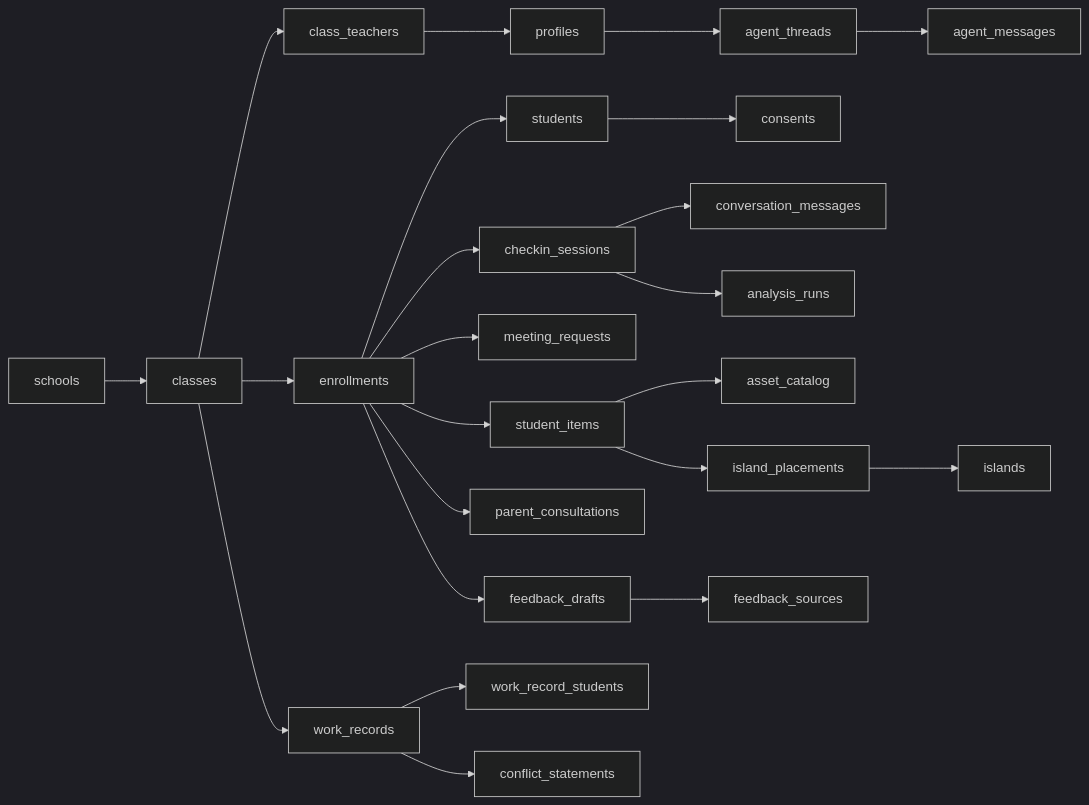
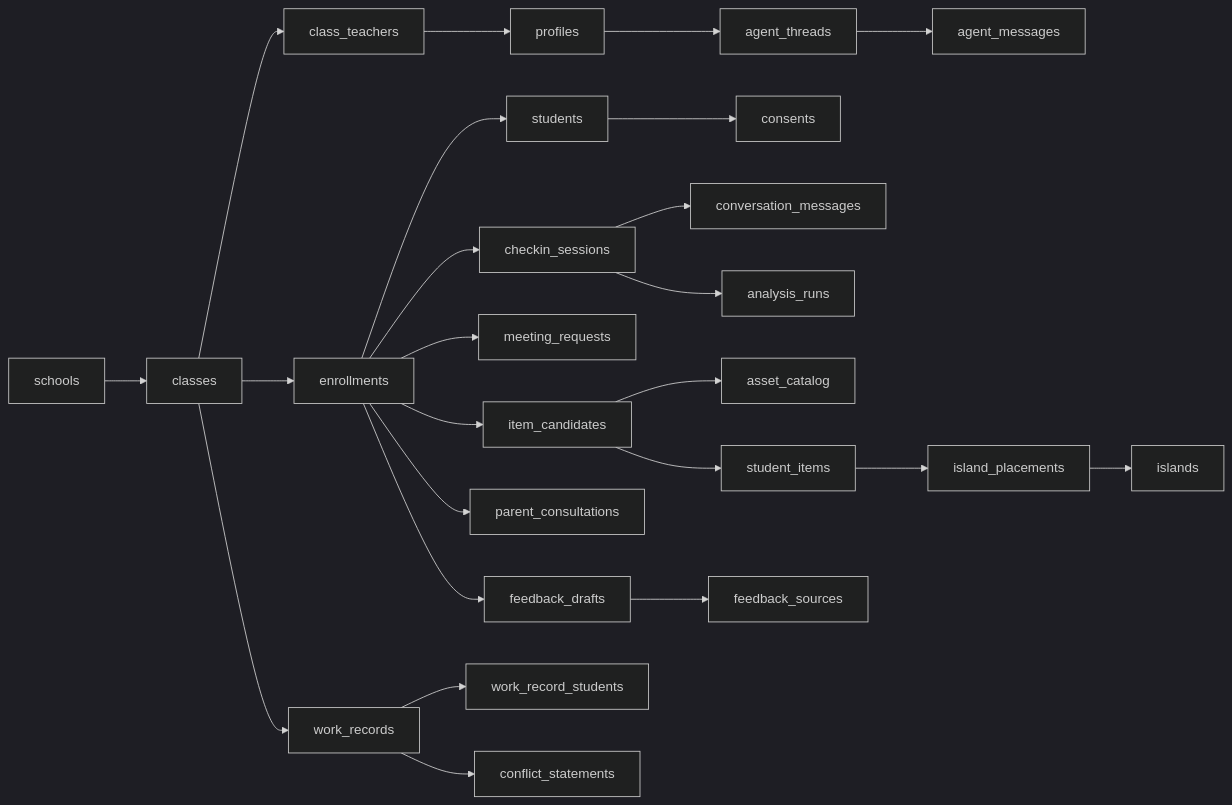
One commit to salpim-lab/AI_WANTED changed the diagram in docs/planning/살핌_DB_스키마_v0.3.md. Above: the diagram before and after it, drawn with Mermaid (dark theme). The commit also changed other lines of this file and 7 other files, not shown here.

````diff
--- a/docs/planning/살핌_DB_스키마_v0.3.md
+++ b/docs/planning/살핌_DB_스키마_v0.3.md
@@ -41,17 +41,18 @@
 ```mermaid
 flowchart LR
     SC[schools] --> CL[classes]
     CL --> CT[class_teachers] --> PR[profiles]
     CL --> EN[enrollments] --> ST[students]
     EN --> CS[checkin_sessions] --> CM[conversation_messages]
     CS --> AR[analysis_runs]
     EN --> MR[meeting_requests]
-    EN --> SI[student_items] --> AC[asset_catalog]
+    EN --> IC[item_candidates] --> AC[asset_catalog]
+    IC --> SI[student_items]
     SI --> IP[island_placements] --> IS[islands]
     CL --> WR[work_records] --> WRS[work_record_students]
     WR --> CFS[conflict_statements]
     EN --> PC[parent_consultations]
     EN --> FD[feedback_drafts] --> FS[feedback_sources]
     PR --> AT[agent_threads] --> AM[agent_messages]
     ST --> CON[consents]
 ```
````
